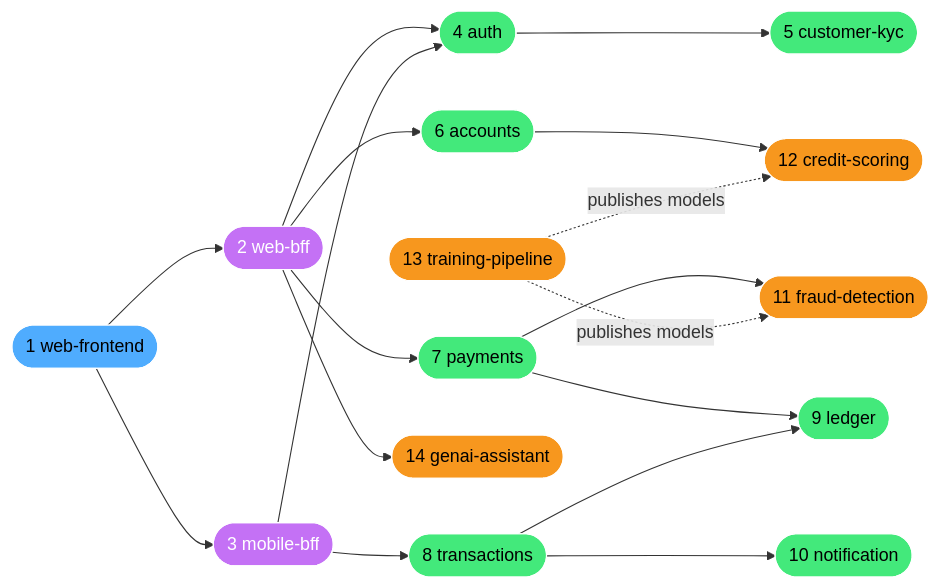
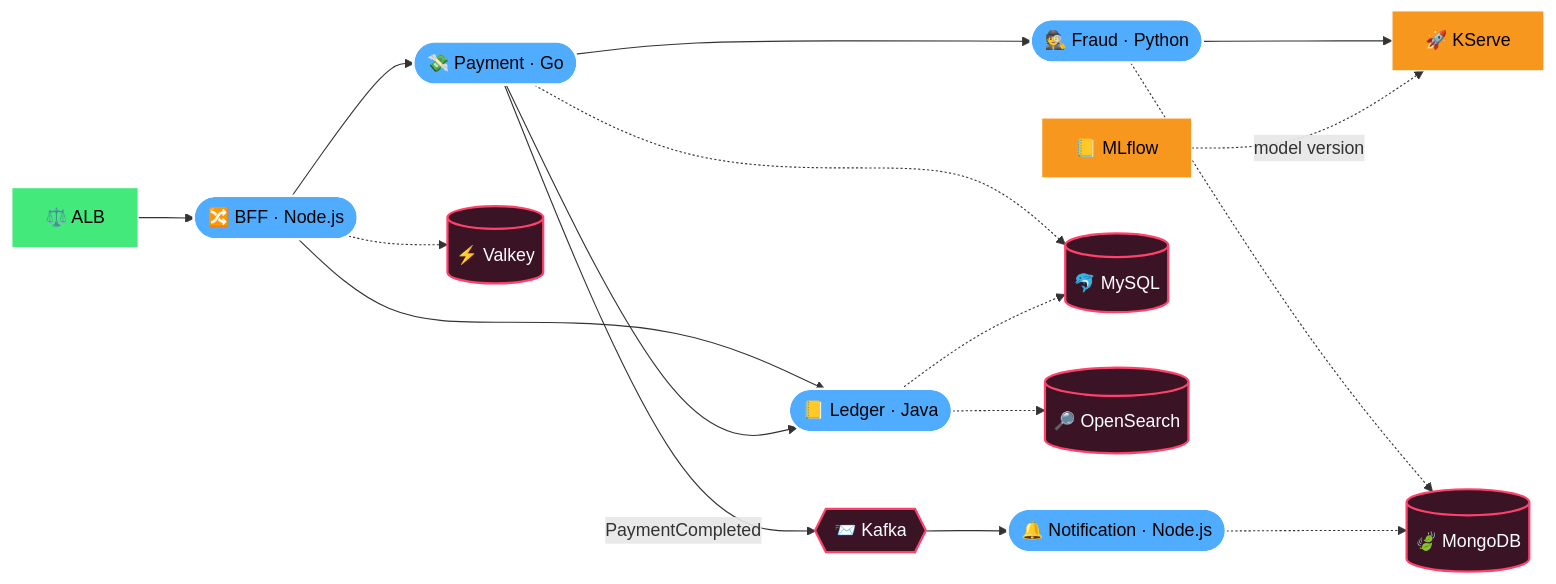
Before and after one commit to muntaha747/FinTech-Enterprise-Project: the sixth of 25 diagrams in README.md, drawn with Mermaid. The commit also changed other lines of this file and 1 other file, not shown here.

First line of the commit message:
README: align the whole README with the two architecture diagrams [skip ci]

````diff
--- a/README.md
+++ b/README.md
@@ -601,24 +493,23 @@
 ```mermaid
-graph LR
-    S1([1 web-frontend]):::fe --> S2([2 web-bff]):::bff
-    S1 --> S3([3 mobile-bff]):::bff
-    S2 --> S4([4 auth]):::app
-    S3 --> S4
-    S2 --> S6([6 accounts]):::app
-    S2 --> S7([7 payments]):::app
-    S3 --> S8([8 transactions]):::app
-    S2 --> S14([14 genai-assistant]):::ml
-    S4 --> S5([5 customer-kyc]):::app
-    S6 --> S12([12 credit-scoring]):::ml
-    S7 --> S11([11 fraud-detection]):::ml
-    S7 --> S9([9 ledger]):::app
-    S8 --> S9
-    S8 --> S10([10 notification]):::app
-    S13([13 training-pipeline]):::ml -.->|publishes models| S11
-    S13 -.->|publishes models| S12
+flowchart LR
+    ALB[⚖️ ALB]:::net --> BFF([🔀 BFF · Node.js]):::svc
+    BFF --> PAY([💸 Payment · Go]):::svc
+    BFF --> LED([📒 Ledger · Java]):::svc
+    PAY --> FR([🕵️ Fraud · Python]):::svc
+    PAY --> LED
+    FR --> KS[🚀 KServe]:::ml
+    PAY -->|PaymentCompleted| KF{{📨 Kafka}}:::data
+    KF --> NOT([🔔 Notification · Node.js]):::svc
+    BFF -.-> VK[(⚡ Valkey)]:::data
+    PAY -.-> MY[(🐬 MySQL)]:::data
+    LED -.-> MY
+    LED -.-> OS[(🔎 OpenSearch)]:::data
+    FR -.-> MG[(🍃 MongoDB)]:::data
+    NOT -.-> MG
+    ML[📒 MLflow]:::ml -.->|model version| KS
 
-    classDef fe fill:#4facfe,stroke:#fff,color:#000
-    classDef bff fill:#c471f5,stroke:#fff,color:#fff
-    classDef app fill:#43e97b,stroke:#fff,color:#000
+    classDef net fill:#43e97b,stroke:#fff,color:#000
+    classDef svc fill:#4facfe,stroke:#fff,color:#000,stroke-width:2px
     classDef ml fill:#f7971e,stroke:#fff,color:#000
+    classDef data fill:#3a1424,stroke:#ff416c,color:#fff,stroke-width:2px
 ```
````
